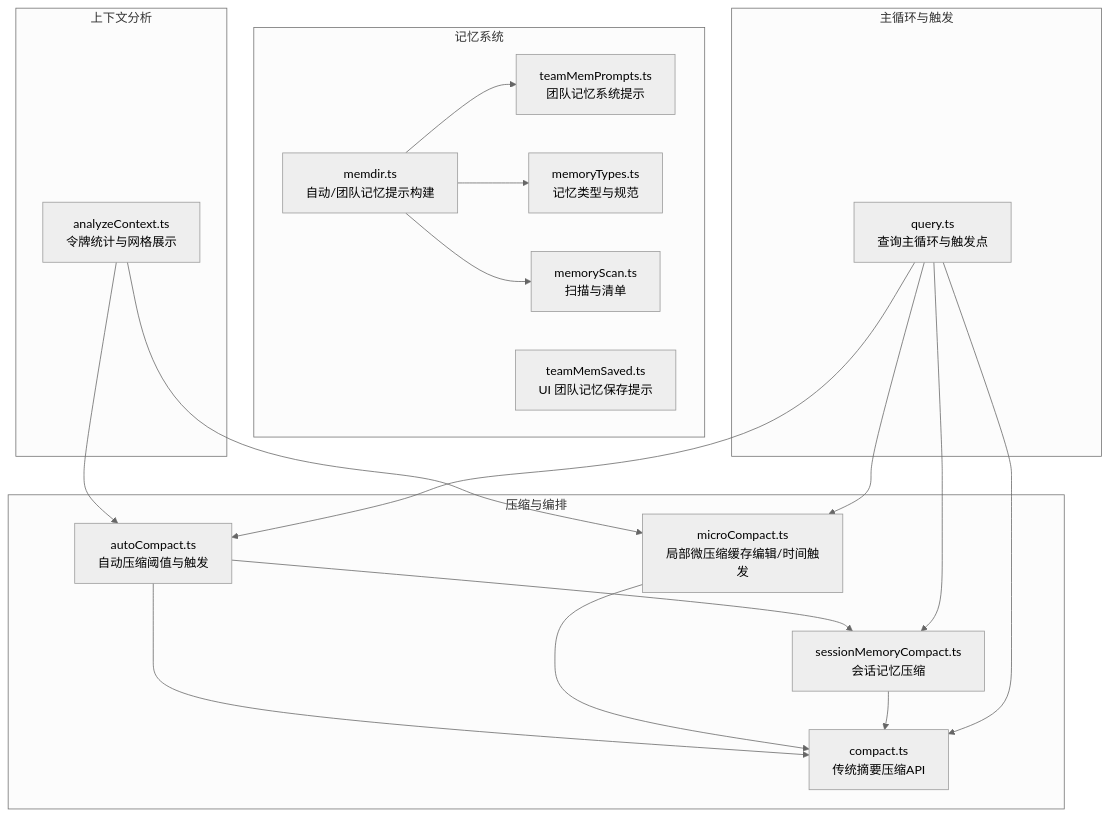
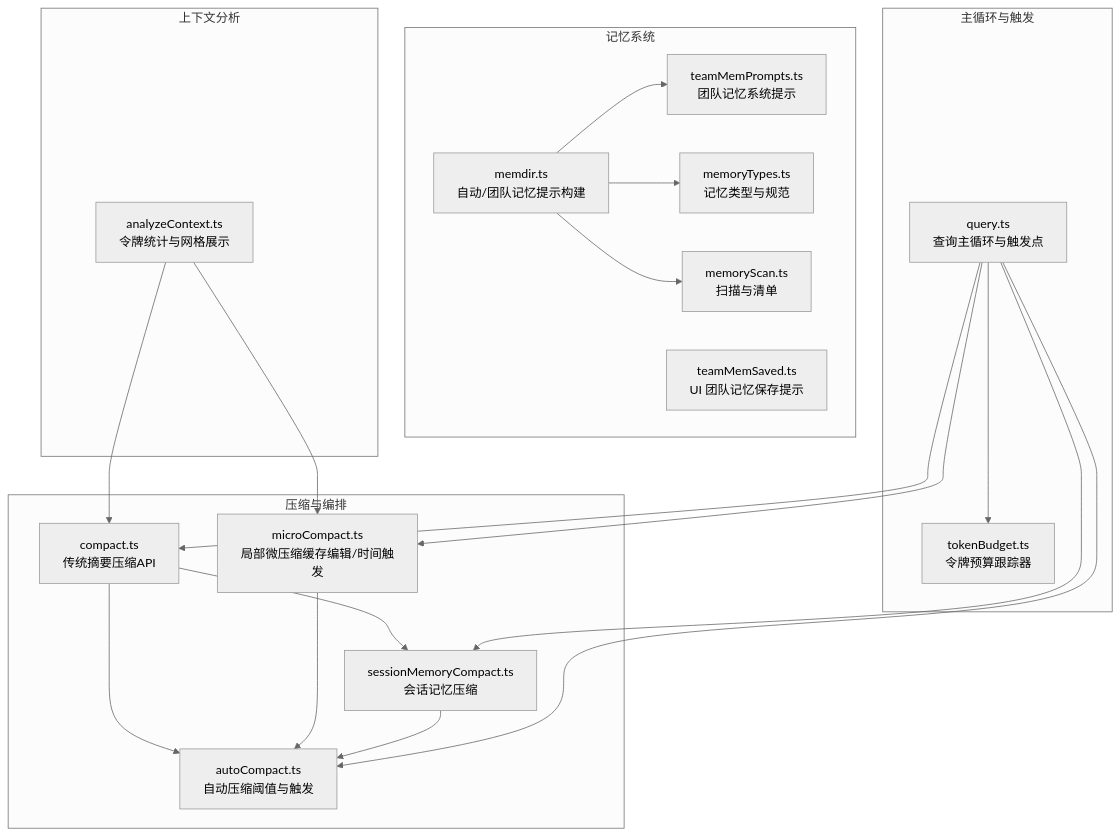
Before and after one commit to yuanliu147/claude-code: the first of 8 diagrams in .qoder/repowiki/zh/content/上下文管理系统/上下文管理系统.md, drawn with Mermaid (neutral theme). The commit also changed other lines of this file and 5 other files, not shown here.

````diff
--- a/.qoder/repowiki/zh/content/上下文管理系统/上下文管理系统.md
+++ b/.qoder/repowiki/zh/content/上下文管理系统/上下文管理系统.md
@@ -44,35 +53,37 @@
 ```mermaid
 graph TB
 subgraph "压缩与编排"
-A["autoCompact.ts<br/>自动压缩阈值与触发"]
+A["compact.ts<br/>传统摘要压缩API"]
 B["microCompact.ts<br/>局部微压缩缓存编辑/时间触发"]
 C["sessionMemoryCompact.ts<br/>会话记忆压缩"]
-D["compact.ts<br/>传统摘要压缩API"]
+D["autoCompact.ts<br/>自动压缩阈值与触发"]
 end
 subgraph "上下文分析"
 E["analyzeContext.ts<br/>令牌统计与网格展示"]
 end
 subgraph "记忆系统"
 F["memdir.ts<br/>自动/团队记忆提示构建"]
 G["memoryTypes.ts<br/>记忆类型与规范"]
 H["memoryScan.ts<br/>扫描与清单"]
 I["teamMemPrompts.ts<br/>团队记忆系统提示"]
 J["teamMemSaved.ts<br/>UI 团队记忆保存提示"]
 end
 subgraph "主循环与触发"
 K["query.ts<br/>查询主循环与触发点"]
+L["tokenBudget.ts<br/>令牌预算跟踪器"]
 end
 A --> C
 A --> D
 B --> D
 C --> D
 E --> A
 E --> B
 F --> I
 F --> G
 F --> H
 K --> A
 K --> B
 K --> C
 K --> D
+K --> L
 ```
````
